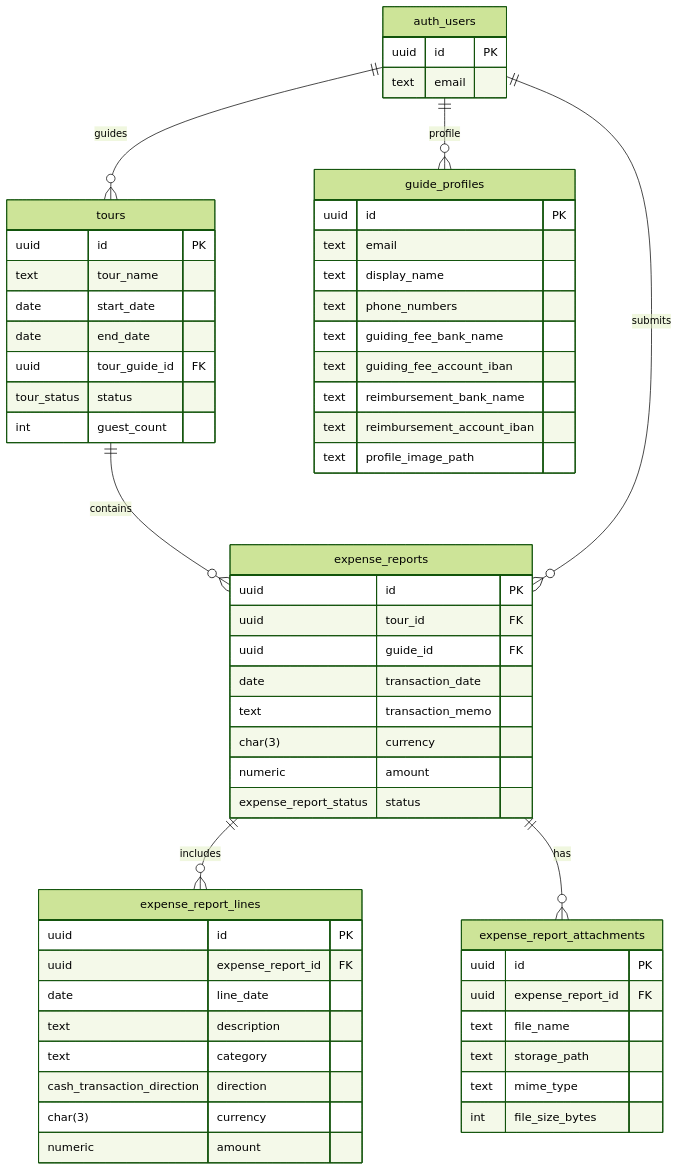
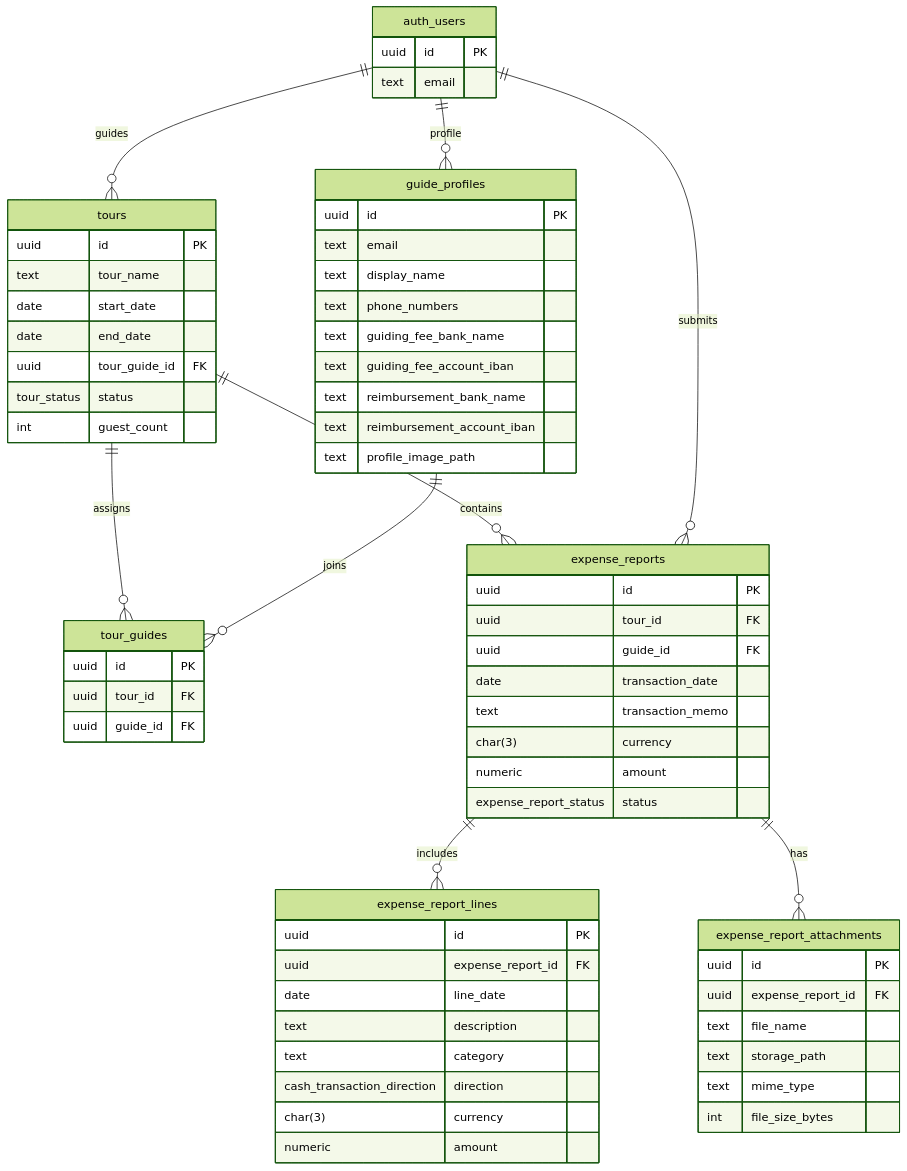
One commit to nomadvibecode/guide-cash-tracking changed the diagram in docs/database-schema.md. Above: the diagram before and after it, drawn with Mermaid (forest theme). The commit also changed other lines of this file and 21 other files, not shown here.

````diff
--- a/docs/database-schema.md
+++ b/docs/database-schema.md
@@ -67,67 +73,75 @@
 ```mermaid
 erDiagram
   auth_users ||--o{ tours : guides
   auth_users ||--o{ guide_profiles : profile
+  tours ||--o{ tour_guides : assigns
+  guide_profiles ||--o{ tour_guides : joins
   tours ||--o{ expense_reports : contains
   auth_users ||--o{ expense_reports : submits
   expense_reports ||--o{ expense_report_lines : includes
   expense_reports ||--o{ expense_report_attachments : has
 
   auth_users {
     uuid id PK
     text email
   }
 
   tours {
     uuid id PK
     text tour_name
     date start_date
     date end_date
     uuid tour_guide_id FK
     tour_status status
     int guest_count
+  }
+
+  tour_guides {
+    uuid id PK
+    uuid tour_id FK
+    uuid guide_id FK
   }
 
   guide_profiles {
     uuid id PK
     text email
     text display_name
     text phone_numbers
     text guiding_fee_bank_name
     text guiding_fee_account_iban
     text reimbursement_bank_name
     text reimbursement_account_iban
     text profile_image_path
   }
 
   expense_reports {
     uuid id PK
     uuid tour_id FK
     uuid guide_id FK
     date transaction_date
     text transaction_memo
     char(3) currency
     numeric amount
     expense_report_status status
   }
 
   expense_report_lines {
     uuid id PK
     uuid expense_report_id FK
     date line_date
     text description
     text category
     cash_transaction_direction direction
     char(3) currency
     numeric amount
   }
 
   expense_report_attachments {
     uuid id PK
     uuid expense_report_id FK
     text file_name
     text storage_path
     text mime_type
     int file_size_bytes
   }
 ```
````
